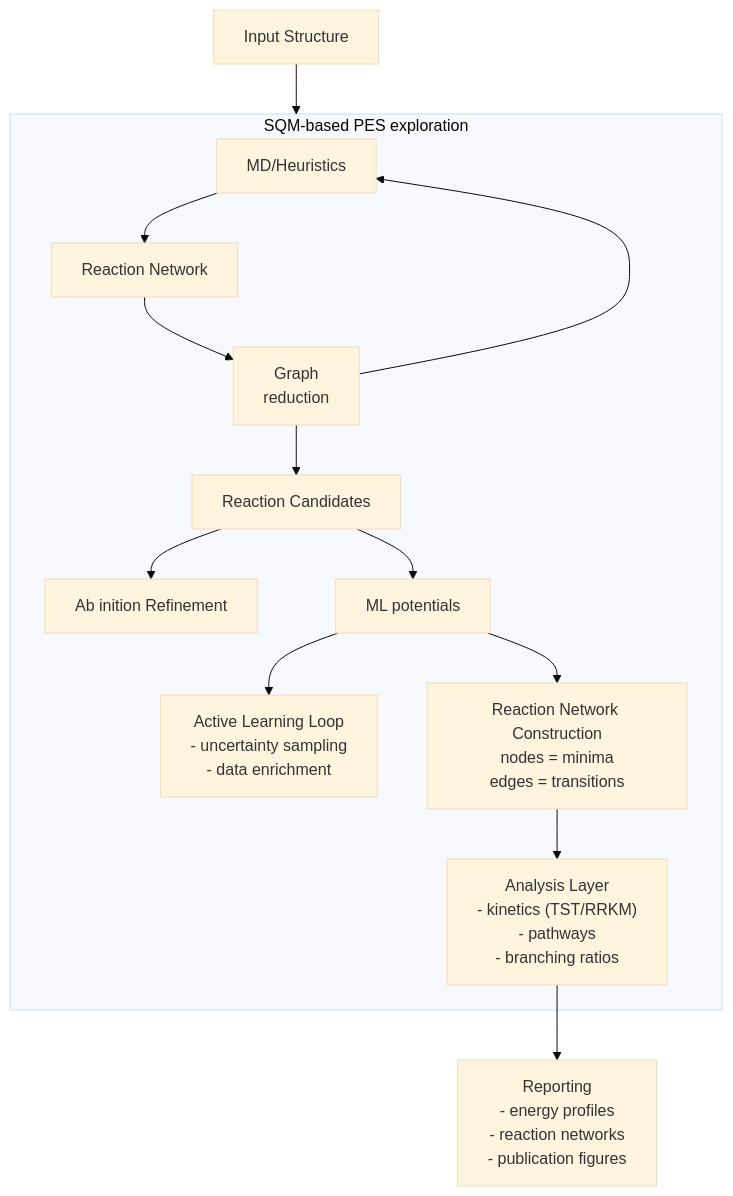
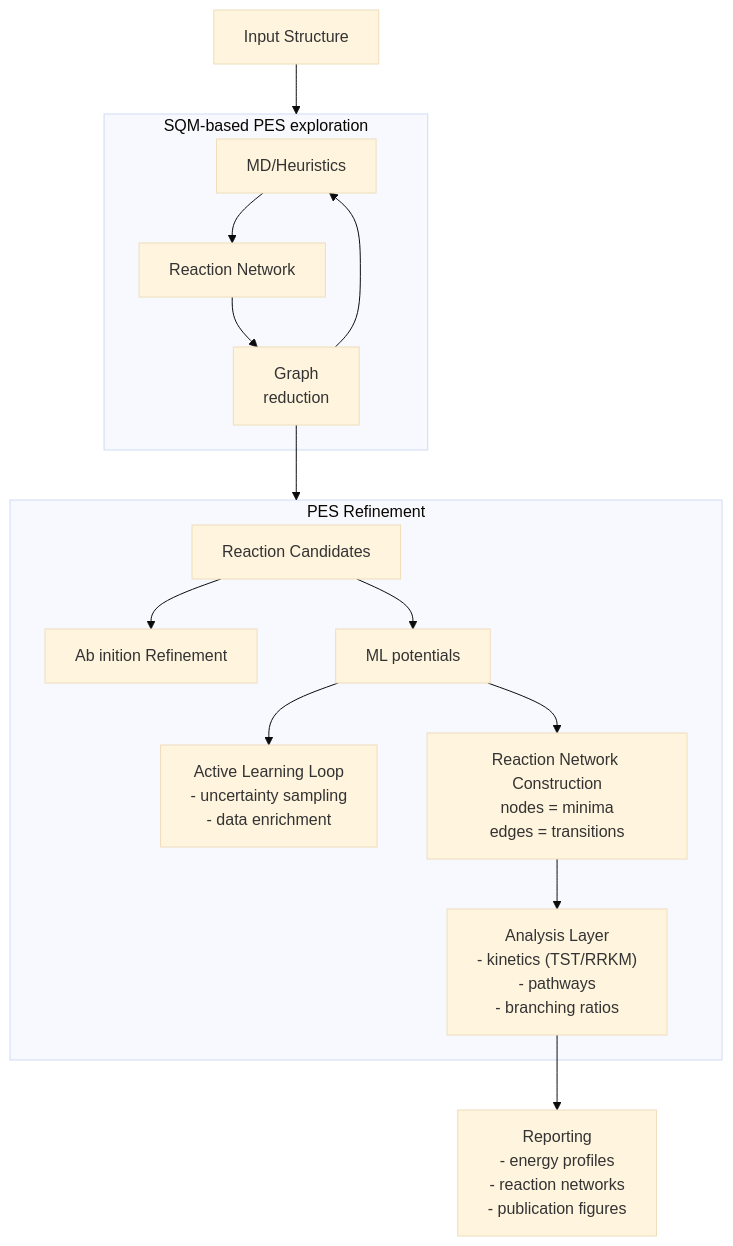
One commit to emartineznunez/mermaid changed the diagram in diagrams/diagrama.mmd. Above: the diagram before and after it, drawn with Mermaid (base theme).

```diff
--- a/diagrams/diagrama.mmd
+++ b/diagrams/diagrama.mmd
@@ -1,55 +1,57 @@
 flowchart TD
 
 %% =========================
 %% Input
 %% =========================
 A["Input Structure"]
 
 %% =========================
 %% Exploration layer
 %% =========================
 subgraph EXP[SQM-based PES exploration]
 B1["MD/Heuristics"]
 B1 --> B2["Reaction Network"]
 B2 --> B3["Graph\n reduction"]
 B3 --> B1
 end
 
 A --> EXP
 
 %% =========================
 %% Refinement layer
 %% =========================
-subgraph EXP[PES Refinement]
+subgraph REF[PES Refinement]
 
 %% =========================
 %% Reaction discovery
 %% =========================
-B3 --> C[Reaction Candidates]
+C[Reaction Candidates]
 
 %% =========================
 %% Refinement
 %% =========================
 C --> D["Ab inition Refinement"]
 C --> E["ML potentials"]
 
 %% =========================
 %% Active learning loop
 %% =========================
 E --> F["Active Learning Loop\n- uncertainty sampling\n- data enrichment"]
 
 %% =========================
 %% Network construction
 %% =========================
 E --> G["Reaction Network Construction\nnodes = minima\nedges = transitions"]
 
 %% =========================
 %% Analysis
 %% =========================
 G --> H["Analysis Layer\n- kinetics (TST/RRKM)\n- pathways\n- branching ratios"]
 end 
 
+B3 --> REF 
+
 %% =========================
 %% Output
 %% =========================
 H --> I["Reporting\n- energy profiles\n- reaction networks\n- publication figures"]
```
